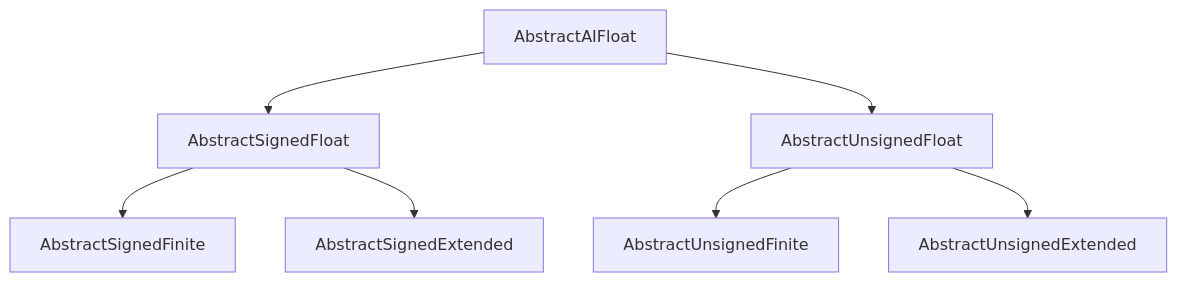
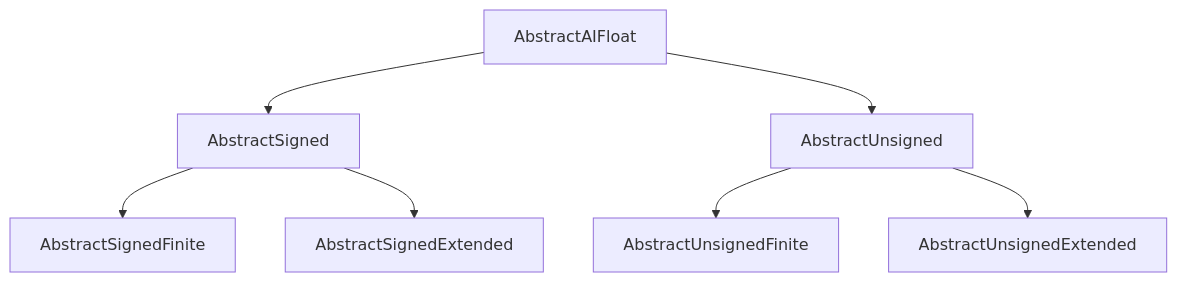
One commit to JeffreySarnoff/AIFloats.jl changed the first of 2 diagrams in docs/src/abstractions.md. Above: the diagram before and after it, drawn with Mermaid. The commit also changed 17 other files, not shown here.

````diff
--- a/docs/src/abstractions.md
+++ b/docs/src/abstractions.md
@@ -5,10 +5,10 @@
 ```mermaid
 graph TD
     A[AbstractAIFloat]
-    A--> S[AbstractSignedFloat]
-    A--> U[AbstractUnsignedFloat]
+    A--> S[AbstractSigned]
+    A--> U[AbstractUnsigned]
     S--> SF[AbstractSignedFinite]
     S--> SE[AbstractSignedExtended]
     U--> UF[AbstractUnsignedFinite]
     U--> UE[AbstractUnsignedExtended]
 ```
````
